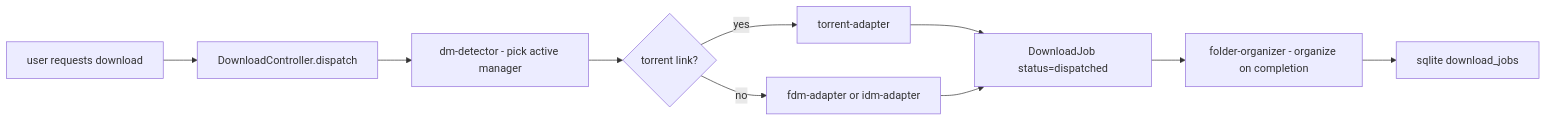
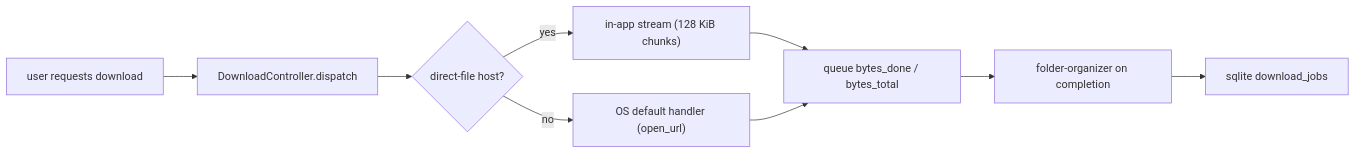
The first of 2 diagrams in .agents/agents/dm/dm.md (HELIX-Origin/LewdZone-Launcher), drawn with Mermaid before and after one commit. The commit also changed other lines of this file and 45 other files, not shown here.

First line of the commit message:
feat(download): downloads/lzapps install layout, SQLite secrets, and agent cleanup

````diff
--- a/.agents/agents/dm/dm.md
+++ b/.agents/agents/dm/dm.md
@@ -33,12 +37,11 @@
 ```mermaid
 flowchart LR
     U["user requests download"] --> C["DownloadController.dispatch"]
-    C --> D["dm-detector - pick active manager"]
-    D --> T{"torrent link?"}
-    T -- yes --> TT["torrent-adapter"]
-    T -- no --> FA["fdm-adapter or idm-adapter"]
-    TT --> J["DownloadJob status=dispatched"]
-    FA --> J
-    J --> O["folder-organizer - organize on completion"]
-    O --> DB[""sqlite download_jobs""]
+    C --> D{"direct-file host?"}
+    D -- yes --> S["in-app stream (128 KiB chunks)"]
+    D -- no --> O["OS default handler (open_url)"]
+    S --> P["queue bytes_done / bytes_total"]
+    O --> P
+    P --> FG["folder-organizer on completion"]
+    FG --> DB[""sqlite download_jobs""]
 ```
````
